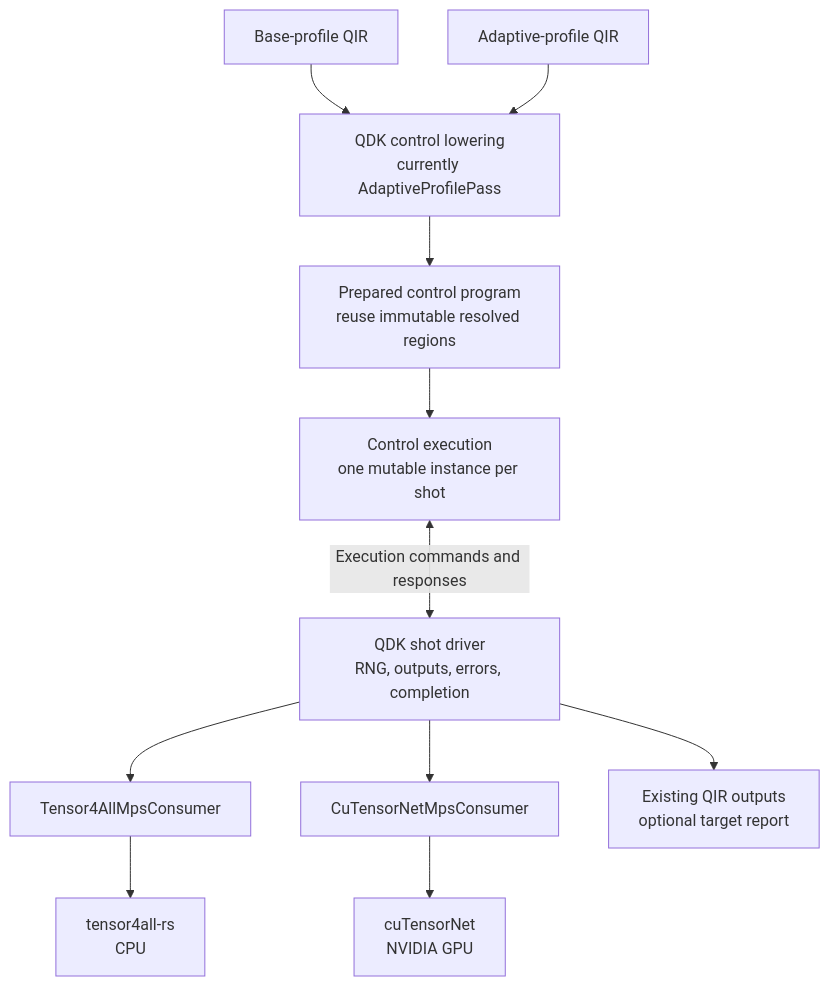
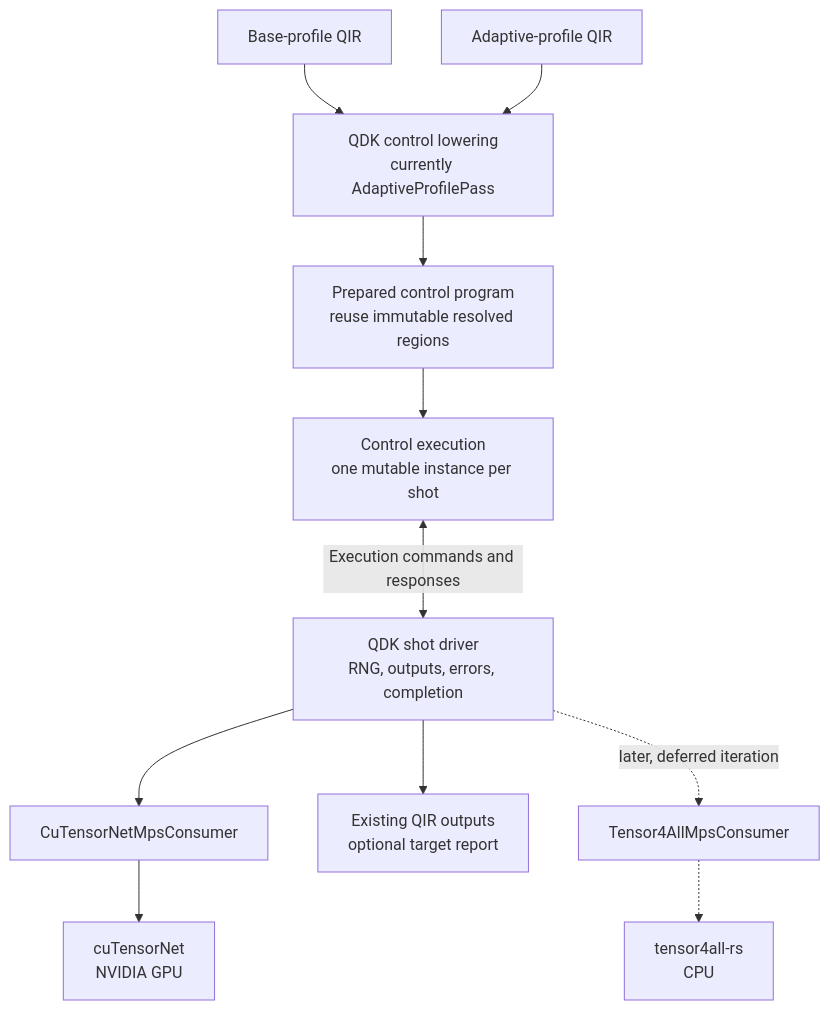
Before and after one commit to microsoft/qdk: the diagram in source/simulators/src/execution/README.md, drawn with Mermaid. The commit also changed other lines of this file and 8 other files, not shown here.

````diff
--- a/source/simulators/src/execution/README.md
+++ b/source/simulators/src/execution/README.md
@@ -219,17 +287,18 @@
 ```mermaid
 flowchart TB
     BaseQir[Base-profile QIR] --> Lowering
     AdaptiveQir[Adaptive-profile QIR] --> Lowering
 
     Lowering[QDK control lowering<br/>currently AdaptiveProfilePass]
     Lowering --> Prepared[Prepared control program<br/>reuse immutable resolved regions]
     Prepared --> Execution[Control execution<br/>one mutable instance per shot]
     Execution <-->|Execution commands and responses| Driver[QDK shot driver<br/>RNG, outputs, errors, completion]
 
-    Driver --> CpuConsumer[Tensor4AllMpsConsumer]
     Driver --> NvidiaConsumer[CuTensorNetMpsConsumer]
-    CpuConsumer --> Tensor4All[tensor4all-rs<br/>CPU]
     NvidiaConsumer --> CuTensorNet[cuTensorNet<br/>NVIDIA GPU]
 
     Driver --> Result[Existing QIR outputs<br/>optional target report]
+
+    Driver -.->|later, deferred iteration| CpuConsumer[Tensor4AllMpsConsumer]
+    CpuConsumer -.-> Tensor4All[tensor4all-rs<br/>CPU]
 ```
````
